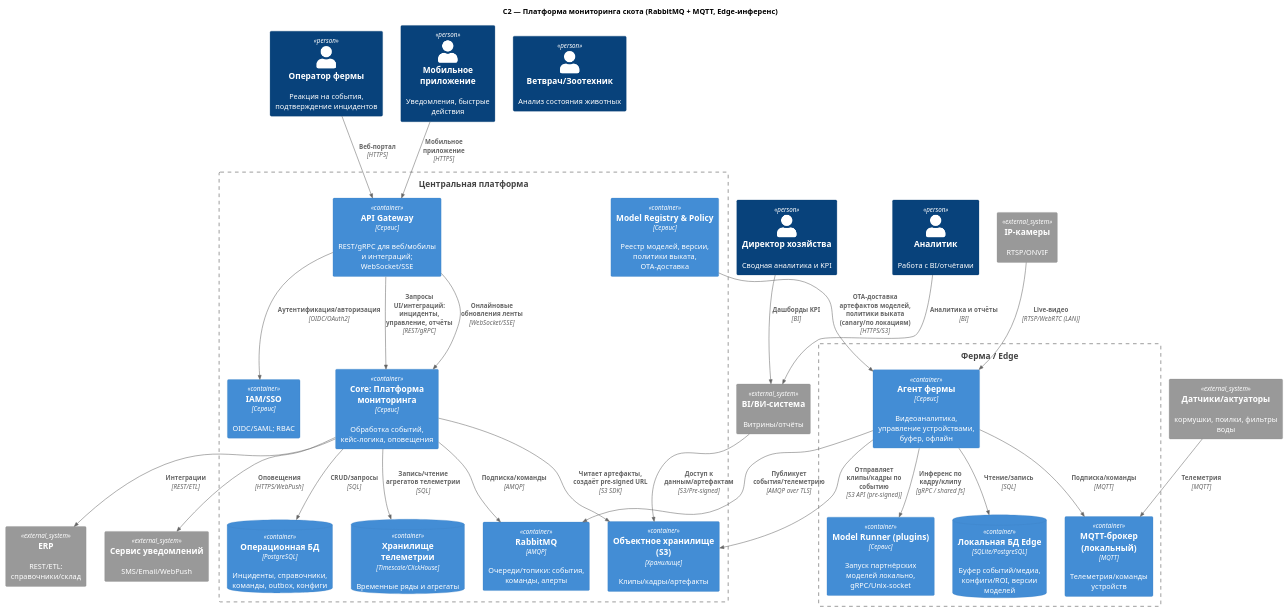
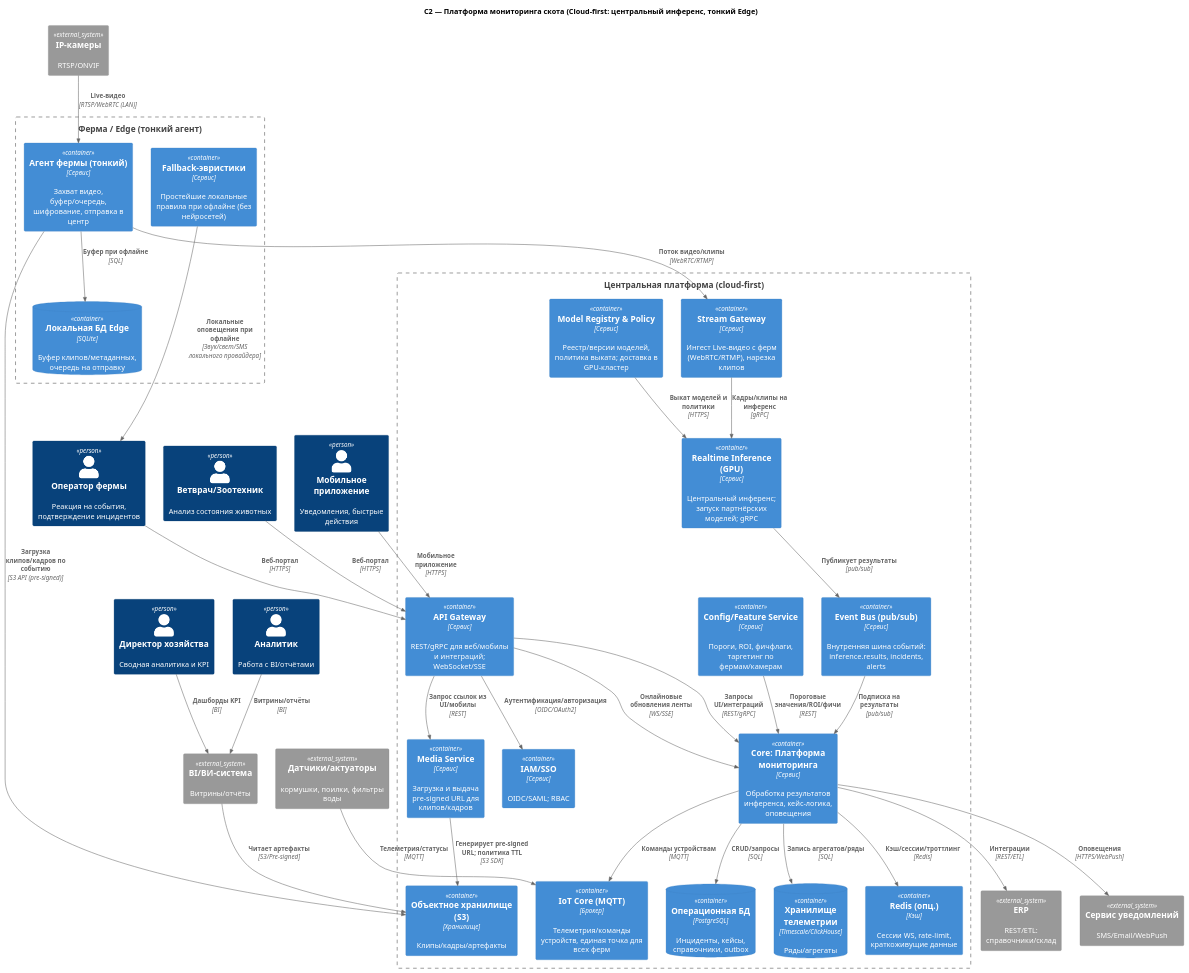
The diagram in Task2/C2-alt.puml (G-NighT/MSA-AgroTech), drawn with PlantUML before and after one commit. The commit also changed 10 other files, not shown here.

```diff
--- a/Task2/C2-alt.puml
+++ b/Task2/C2-alt.puml
@@ -1,77 +1,94 @@
 @startuml C2-alt
 
 !includeurl https://raw.githubusercontent.com/plantuml-stdlib/C4-PlantUML/master/C4_Container.puml
 
 top to bottom direction
 
-title C2 — Платформа мониторинга скота (RabbitMQ + MQTT, Edge-инференс)
+title C2 — Платформа мониторинга скота (Cloud-first: центральный инференс, тонкий Edge)
 
 ' Акторы
 Person(op, "Оператор фермы", "Реакция на события, подтверждение инцидентов")
 Person(vet, "Ветврач/Зоотехник", "Анализ состояния животных")
 Person(dir, "Директор хозяйства", "Сводная аналитика и KPI")
 Person(analyst, "Аналитик", "Работа с BI/отчётами")
 Person(mobile, "Мобильное приложение", "Уведомления, быстрые действия")
 
 ' Внешние системы
 System_Ext(cam, "IP-камеры", "RTSP/ONVIF")
 System_Ext(sensors, "Датчики/актуаторы", "кормушки, поилки, фильтры воды")
 System_Ext(bi, "BI/ВИ-система", "Витрины/отчёты")
 System_Ext(erp, "ERP", "REST/ETL: справочники/склад")
 System_Ext(notif, "Сервис уведомлений", "SMS/Email/WebPush")
 
-' Ферма / Edge
-Boundary(edge, "Ферма / Edge") {
-  Container(edgeAgent, "Агент фермы", "Сервис", "Видеоаналитика, управление устройствами, буфер, офлайн")
-  Container(edgeRunner, "Model Runner (plugins)", "Сервис", "Запуск партнёрских моделей локально, gRPC/Unix-socket")
-  Container(mqttLocal, "MQTT-брокер (локальный)", "MQTT", "Телеметрия/команды устройств")
-  ContainerDb(edgeDb, "Локальная БД Edge", "SQLite/PostgreSQL", "Буфер событий/медиа, конфиги/ROI, версии моделей")
+' Ферма / Edge (тонкий агент)
+Boundary(edge, "Ферма / Edge (тонкий агент)") {
+  Container(edgeAgent, "Агент фермы (тонкий)", "Сервис", "Захват видео, буфер/очередь, шифрование, отправка в центр")
+  Container(edgeFallback, "Fallback-эвристики", "Сервис", "Простейшие локальные правила при офлайне (без нейросетей)")
+  ContainerDb(edgeDb, "Локальная БД Edge", "SQLite", "Буфер клипов/метаданных, очередь на отправку")
 }
 
-' Связи внешних устройств с Edge
+' Связи Edge
 Rel(cam, edgeAgent, "Live-видео", "RTSP/WebRTC (LAN)")
-Rel(sensors, mqttLocal, "Телеметрия", "MQTT")
-Rel(edgeAgent, mqttLocal, "Подписка/команды", "MQTT")
-Rel(edgeAgent, edgeRunner, "Инференс по кадру/клипу", "gRPC / shared fs")
-Rel(edgeAgent, edgeDb, "Чтение/запись", "SQL")
+Rel(edgeAgent, edgeDb, "Буфер при офлайне", "SQL")
 
-' Центральная платформа
-Boundary(central, "Центральная платформа") {
+' Центральная платформа (cloud-first)
+Boundary(central, "Центральная платформа (cloud-first)") {
   Container(api, "API Gateway", "Сервис", "REST/gRPC для веб/мобилы и интеграций; WebSocket/SSE")
   Container(auth, "IAM/SSO", "Сервис", "OIDC/SAML; RBAC")
-  Container(core, "Core: Платформа мониторинга", "Сервис", "Обработка событий, кейс-логика, оповещения")
-  Container(rmq, "RabbitMQ", "AMQP", "Очереди/топики: события, команды, алерты")
+
+  Container(streamGw, "Stream Gateway", "Сервис", "Ингест Live-видео с ферм (WebRTC/RTMP), нарезка клипов")
+  Container(infer, "Realtime Inference (GPU)", "Сервис", "Центральный инференс; запуск партнёрских моделей; gRPC")
+  Container(orchestrator, "Core: Платформа мониторинга", "Сервис", "Обработка результатов инференса, кейс-логика, оповещения")
+  Container(iot, "IoT Core (MQTT)", "Брокер", "Телеметрия/команды устройств, единая точка для всех ферм")
+
+  Container(mediaSvc, "Media Service", "Сервис", "Загрузка и выдача pre-signed URL для клипов/кадров")
+  Container(configSvc, "Config/Feature Service", "Сервис", "Пороги, ROI, фичфлаги, таргетинг по фермам/камерам")
+  Container(reg, "Model Registry & Policy", "Сервис", "Реестр/версии моделей, политика выката; доставка в GPU-кластер")
+
+  Container(eventBus, "Event Bus (pub/sub)", "Сервис", "Внутренняя шина событий: inference.results, incidents, alerts")
+  ContainerDb(opDb, "Операционная БД", "PostgreSQL", "Инциденты, кейсы, справочники, outbox")
+  ContainerDb(tsDb, "Хранилище телеметрии", "Timescale/ClickHouse", "Ряды/агрегаты")
   Container(object, "Объектное хранилище (S3)", "Хранилище", "Клипы/кадры/артефакты")
-  Container(reg, "Model Registry & Policy", "Сервис", "Реестр моделей, версии, политики выката, OTA-доставка")
-  ContainerDb(opdb, "Операционная БД", "PostgreSQL", "Инциденты, справочники, команды, outbox, конфиги")
-  ContainerDb(tsdb, "Хранилище телеметрии", "Timescale/ClickHouse", "Временные ряды и агрегаты")
+  Container(cache, "Redis (опц.)", "Кэш", "Сессии WS, rate-limit, краткоживущие данные")
 }
-
-' Связи Edge с Центром
-Rel(edgeAgent, rmq, "Публикует события/телеметрию", "AMQP over TLS")
-Rel(core, rmq, "Подписка/команды", "AMQP")
 
 ' Пользователи и API
 Rel(op, api, "Веб-портал", "HTTPS")
+Rel(vet, api, "Веб-портал", "HTTPS")
 Rel(mobile, api, "Мобильное приложение", "HTTPS")
 Rel(api, auth, "Аутентификация/авторизация", "OIDC/OAuth2")
-Rel(api, core, "Запросы UI/интеграций: инциденты, управление, отчёты", "REST/gRPC")
-Rel(api, core, "Онлайновые обновления ленты", "WebSocket/SSE")
+Rel(api, orchestrator, "Запросы UI/интеграций", "REST/gRPC")
+Rel(api, orchestrator, "Онлайновые обновления ленты", "WS/SSE")
 
-' Медиа
-Rel(edgeAgent, object, "Отправляет клипы/кадры по событию", "S3 API (pre-signed)")
-Rel(core, object, "Читает артефакты, создаёт pre-signed URL", "S3 SDK")
+' Видеопотоки и инференс
+Rel(edgeAgent, streamGw, "Поток видео/клипы", "WebRTC/RTMP")
+Rel(streamGw, infer, "Кадры/клипы на инференс", "gRPC")
+Rel(infer, eventBus, "Публикует результаты", "pub/sub")
+Rel(eventBus, orchestrator, "Подписка на результаты", "pub/sub")
 
-' Данные и интеграции
-Rel(core, opdb, "CRUD/запросы", "SQL")
-Rel(core, tsdb, "Запись/чтение агрегатов телеметрии", "SQL")
-Rel(core, notif, "Оповещения", "HTTPS/WebPush")
-Rel(core, erp, "Интеграции", "REST/ETL")
-Rel(analyst, bi, "Аналитика и отчёты", "BI")
-Rel(bi, object, "Доступ к данным/артефактам", "S3/Pre-signed")
+' Телеметрия/команды
+Rel(sensors, iot, "Телеметрия/статусы", "MQTT")
+Rel(orchestrator, iot, "Команды устройствам", "MQTT")
+
+' Медиа и данные
+Rel(edgeAgent, object, "Загрузка клипов/кадров по событию", "S3 API (pre-signed)")
+Rel(mediaSvc, object, "Генерирует pre-signed URL; политика TTL", "S3 SDK")
+Rel(api, mediaSvc, "Запрос ссылок из UI/мобилы", "REST")
+
+Rel(orchestrator, opDb, "CRUD/запросы", "SQL")
+Rel(orchestrator, tsDb, "Запись агрегатов/ряды", "SQL")
+Rel(orchestrator, cache, "Кэш/сессии/троттлинг", "Redis")
+
+' Интеграции
+Rel(orchestrator, notif, "Оповещения", "HTTPS/WebPush")
+Rel(orchestrator, erp, "Интеграции", "REST/ETL")
+Rel(analyst, bi, "Витрины/отчёты", "BI")
+Rel(bi, object, "Читает артефакты", "S3/Pre-signed")
 Rel(dir, bi, "Дашборды KPI", "BI")
 
-' Доставка моделей/конфигов
-Rel(reg, edgeAgent, "OTA-доставка артефактов моделей,\nполитики выката (canary/по локациям)", "HTTPS/S3")
+' Управление моделями/конфигами
+Rel(reg, infer, "Выкат моделей и политики", "HTTPS")
+Rel(configSvc, orchestrator, "Пороговые значения/ROI/фичи", "REST")
+Rel(edgeFallback, op, "Локальные оповещения при офлайне", "Звук/свет/SMS локального провайдера")
 
 @enduml
```
